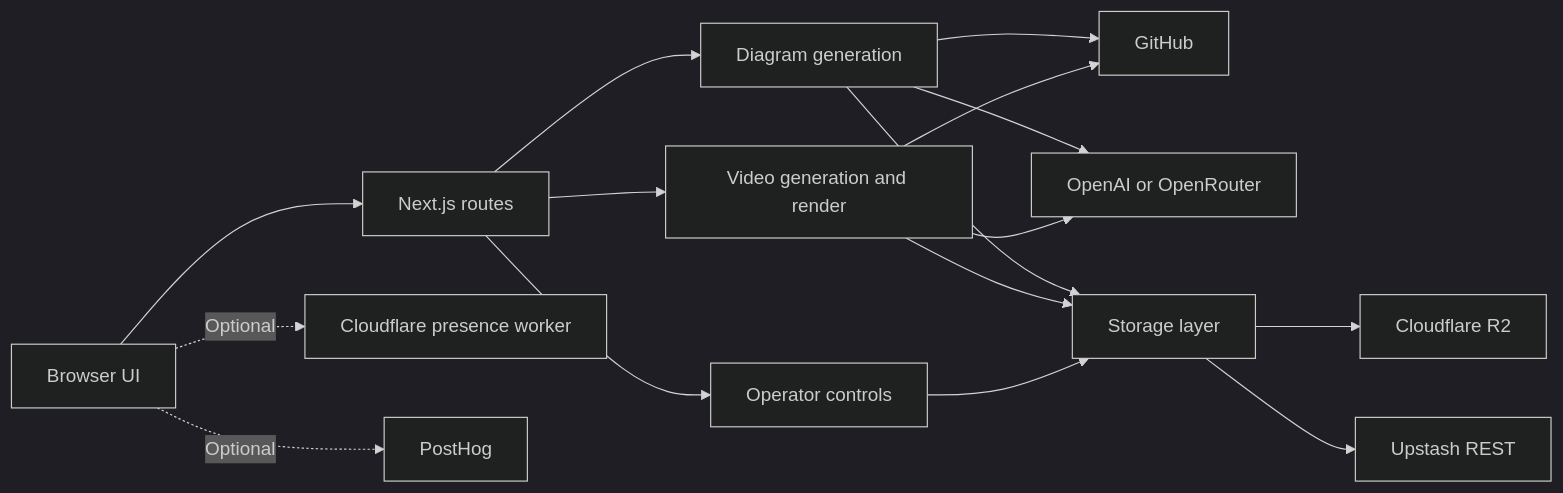
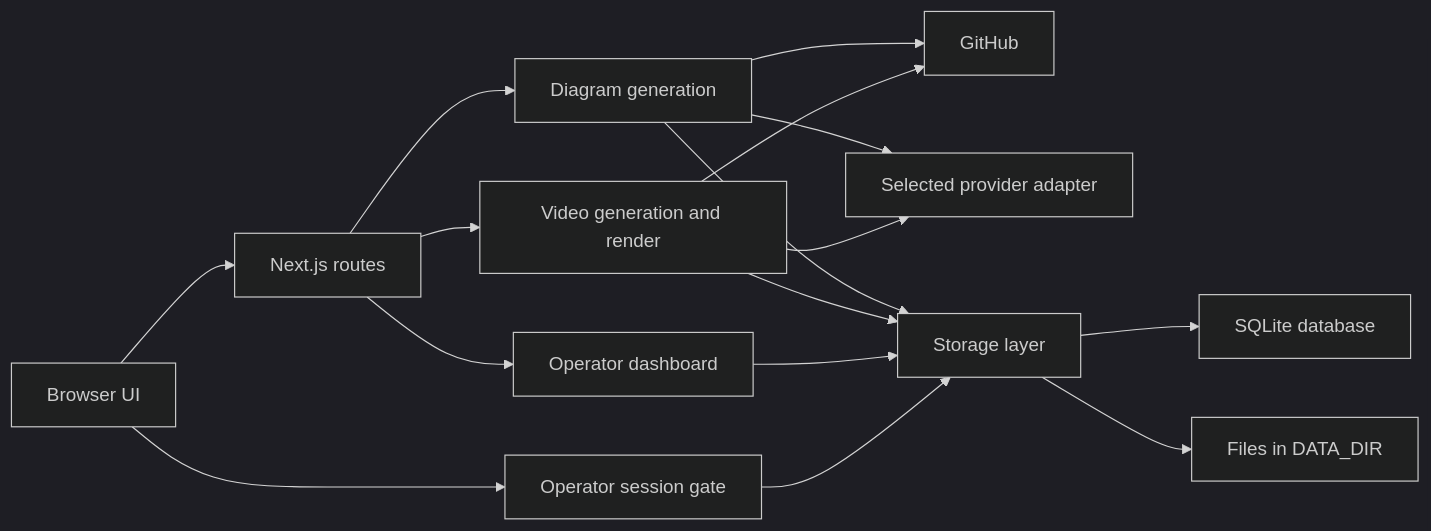
Before and after one commit to Pmac627/gitdiagram: the diagram in docs/architecture.md, drawn with Mermaid (dark theme). The commit also changed other lines of this file and 420 other files, not shown here.

Commit message:
Private self-hosted fork for IIS (single operator, SQLite, provider adapters).

````diff
--- a/docs/architecture.md
+++ b/docs/architecture.md
@@ -32,18 +46,18 @@
 ```mermaid
 flowchart LR
     Browser[Browser UI] --> Routes[Next.js routes]
     Routes --> Generation[Diagram generation]
     Routes --> Video[Video generation and render]
-    Routes --> Admin[Operator controls]
+    Routes --> Admin[Operator dashboard]
     Generation --> GitHub[GitHub]
-    Generation --> Model[OpenAI or OpenRouter]
+    Generation --> Model[Selected provider adapter]
     Generation --> Storage[Storage layer]
     Video --> GitHub
     Video --> Model
     Video --> Storage
     Admin --> Storage
-    Browser -. Optional .-> Presence[Cloudflare presence worker]
-    Browser -. Optional .-> Analytics[PostHog]
-    Storage --> R2[Cloudflare R2]
-    Storage --> Redis[Upstash REST]
+    Storage --> Sqlite[SQLite database]
+    Storage --> Disk[Files in DATA_DIR]
+    Browser --> Auth[Operator session gate]
+    Auth --> Storage
 ```
````
